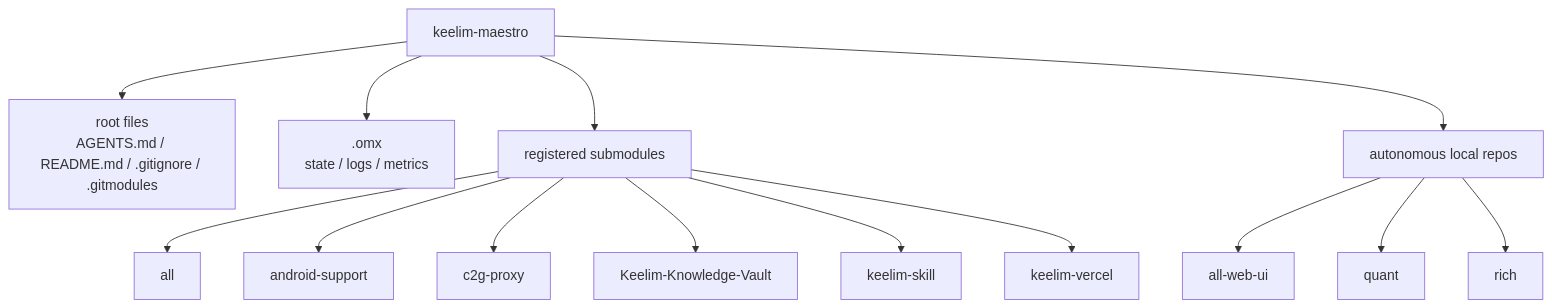
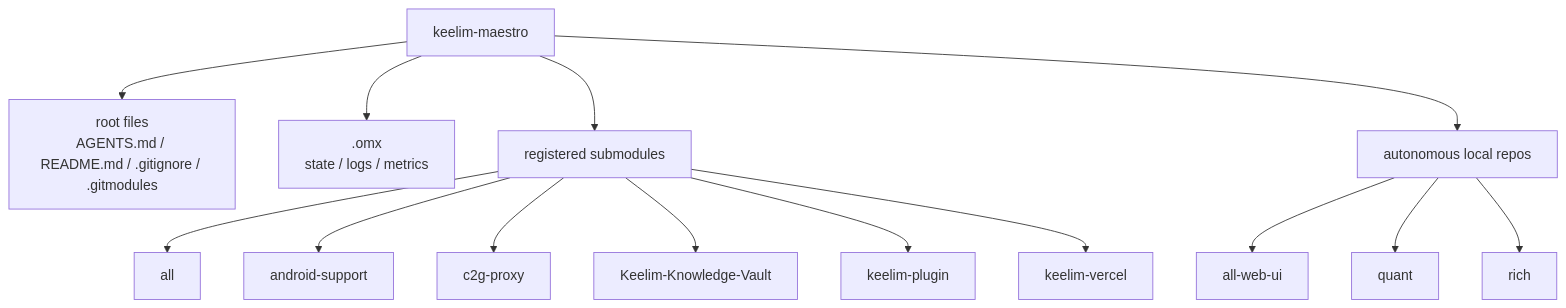
The diagram in README.md (keelim/keelim-maestro), drawn with Mermaid before and after one commit. The commit also changed other lines of this file and 1 other file, not shown here.

First line of the commit message:
Preserve submodule continuity during the plugin repo rename

````diff
--- a/README.md
+++ b/README.md
@@ -7,20 +7,20 @@
 ```mermaid
 flowchart TB
     root["keelim-maestro"]
 
     root --> rootFiles["root files<br/>AGENTS.md / README.md / .gitignore / .gitmodules"]
     root --> omx[".omx<br/>state / logs / metrics"]
     root --> submodules["registered submodules"]
     root --> localRepos["autonomous local repos"]
 
     submodules --> all["all"]
     submodules --> android["android-support"]
     submodules --> c2gProxy["c2g-proxy"]
     submodules --> vault["Keelim-Knowledge-Vault"]
-    submodules --> skill["keelim-skill"]
+    submodules --> skill["keelim-plugin"]
     submodules --> vercel["keelim-vercel"]
 
     localRepos --> allWebUi["all-web-ui"]
     localRepos --> quant["quant"]
     localRepos --> rich["rich"]
 ```
````
